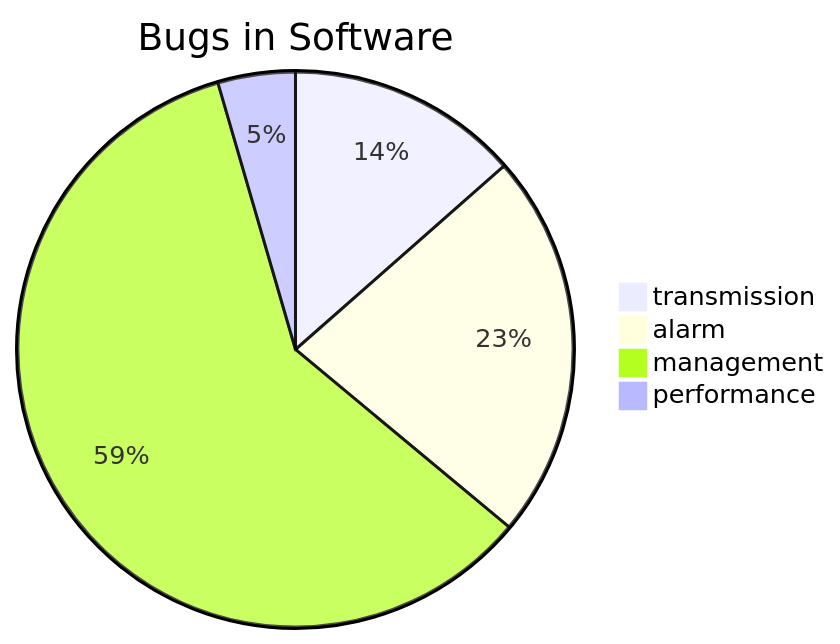
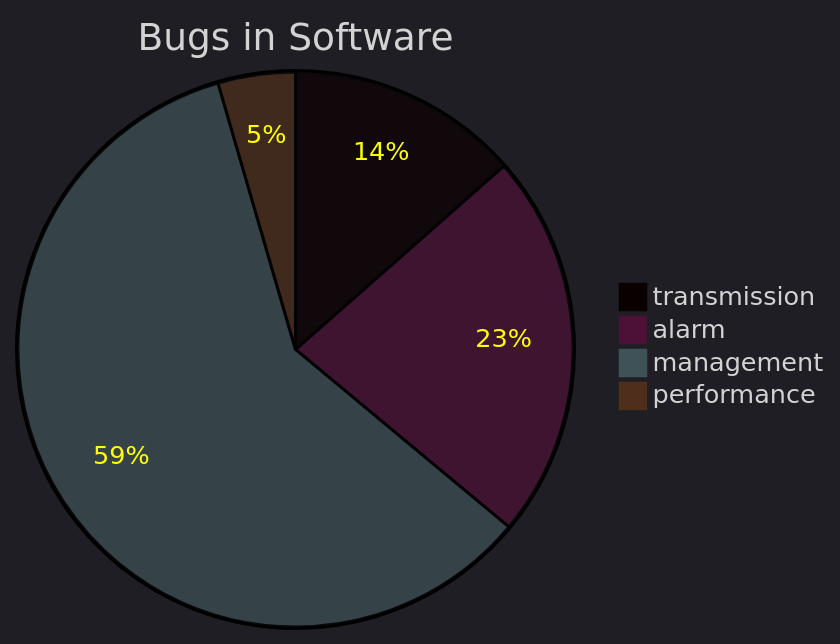
The eighth of 10 diagrams in _posts/2022-04-30-test-mermaid.md (jeffatoptics/jeff-minima), drawn with Mermaid before and after one commit. The commit also changed other lines of this file and 2 other files, not shown here.

Commit message:
try mermaid

```diff
--- a/_posts/2022-04-30-test-mermaid.md
+++ b/_posts/2022-04-30-test-mermaid.md
@@ -80,8 +80,9 @@
 <div class="mermaid">
+%%{init: {'theme':'dark', 'themeVariables': { 'lineColor': 'green', 'textColor': 'yellow' }}}%%
 pie
     title Bugs in Software
     "transmission" : 15.00
     "alarm" : 25
     "management" : 66
     "performance" : 5
 </div>
```
